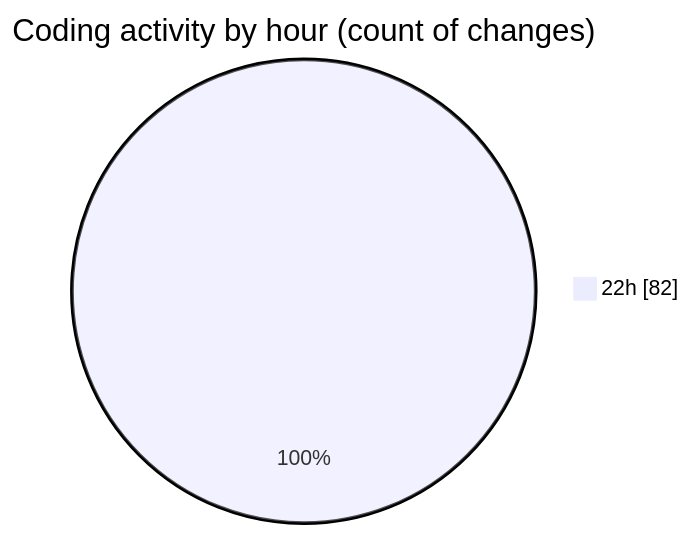
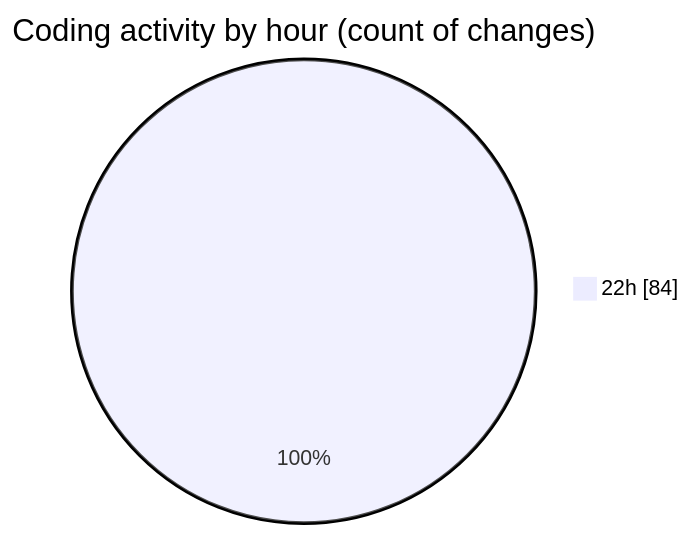
The second of 2 diagrams in 2025-01-03/my-code-activity-ext/README.md (ernivani/code-tracking), drawn with Mermaid before and after one commit. The commit also changed other lines of this file and 1 other file, not shown here.

````diff
--- a/2025-01-03/my-code-activity-ext/README.md
+++ b/2025-01-03/my-code-activity-ext/README.md
@@ -32,5 +32,5 @@
 ```mermaid
 pie showData
 title Coding activity by hour (count of changes)
-"22h" : 82
+"22h" : 84
 ```
````
